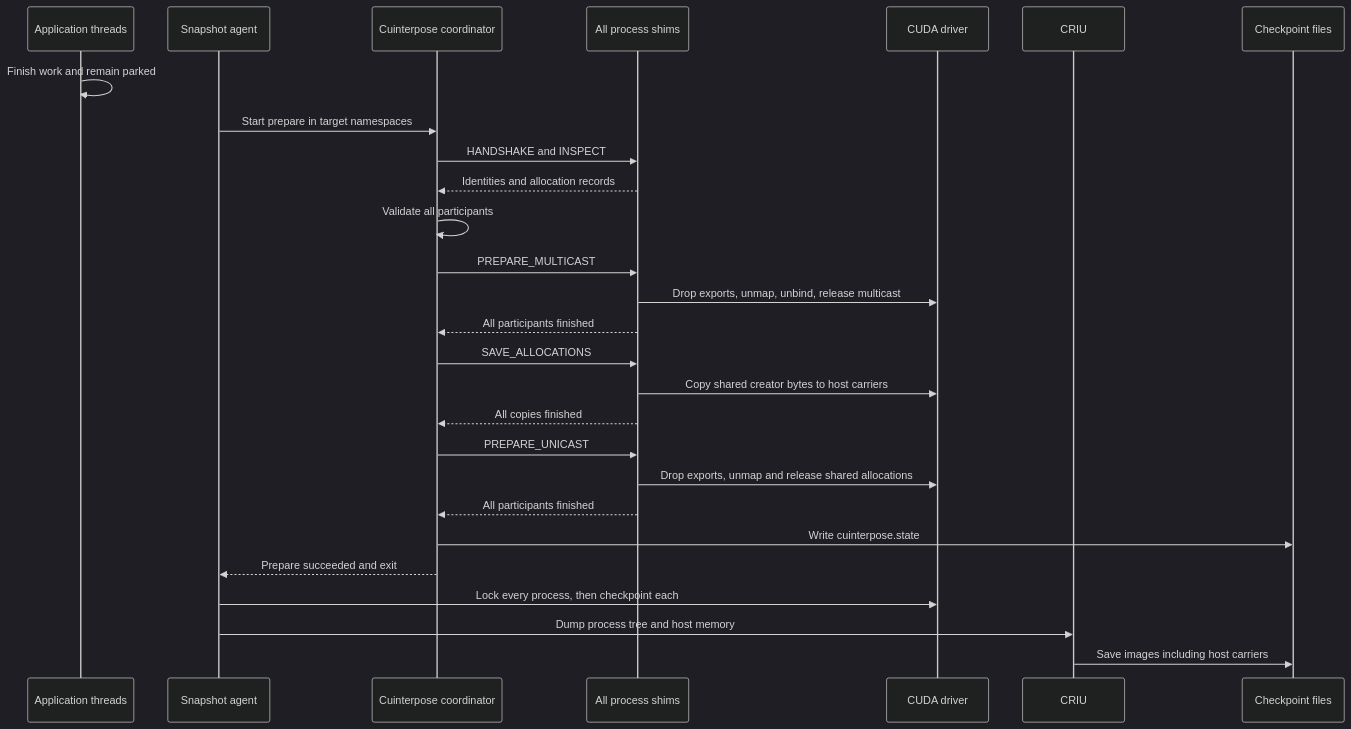
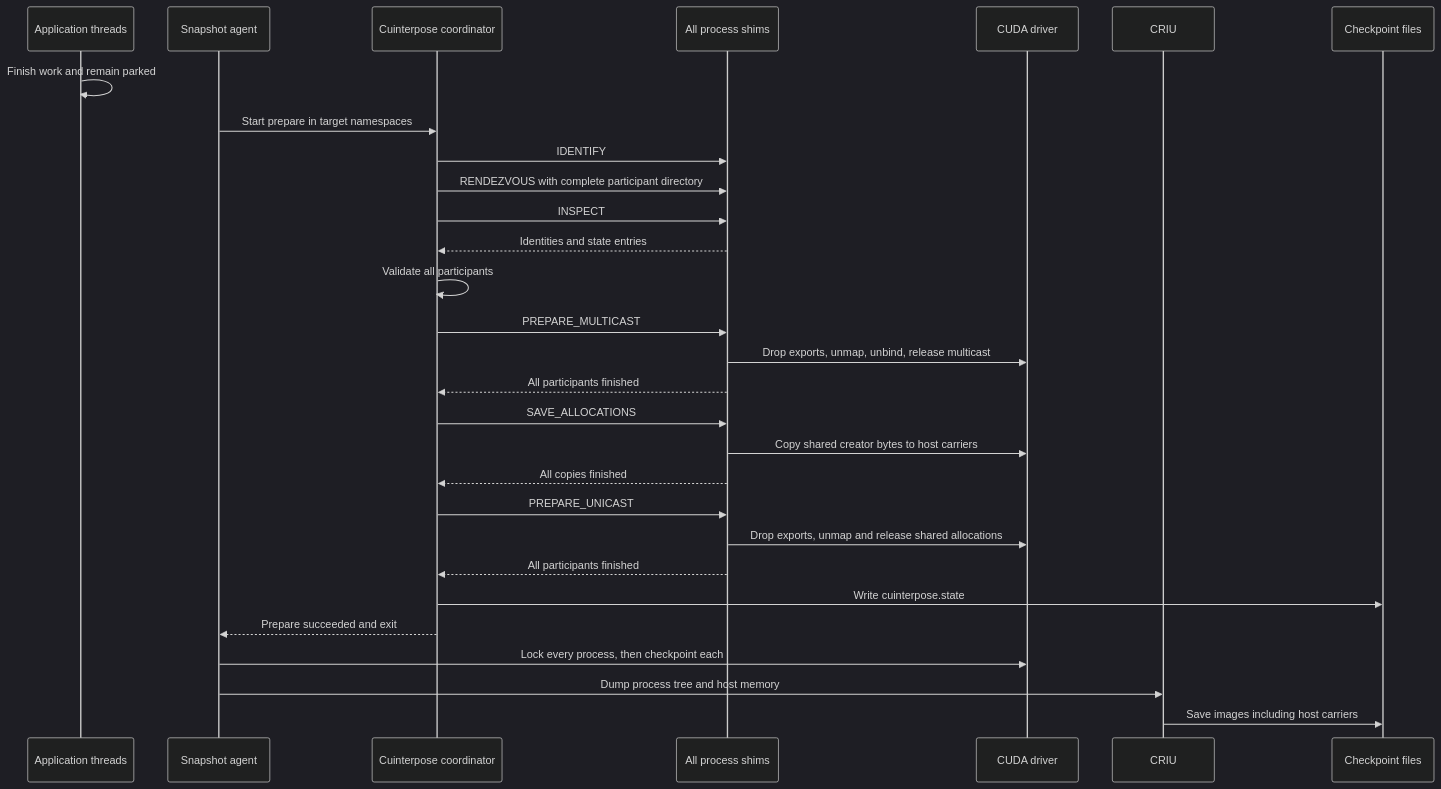
Before and after one commit to ai-dynamo/snapshot: the fourth of 5 diagrams in docs/development/cuinterpose.md, drawn with Mermaid (dark theme). The commit also changed other lines of this file and 1 other file, not shown here.

Commit message:
docs(cuinterpose): describe peer routing and allocation references

````diff
--- a/docs/development/cuinterpose.md
+++ b/docs/development/cuinterpose.md
@@ -314,29 +332,31 @@
 ```mermaid
 sequenceDiagram
     participant App as Application threads
     participant Agent as Snapshot agent
     participant Coord as Cuinterpose coordinator
     participant Shims as All process shims
     participant CUDA as CUDA driver
     participant CRIU as CRIU
     participant Files as Checkpoint files
     App->>App: Finish work and remain parked
     Agent->>Coord: Start prepare in target namespaces
-    Coord->>Shims: HANDSHAKE and INSPECT
-    Shims-->>Coord: Identities and allocation records
+    Coord->>Shims: IDENTIFY
+    Coord->>Shims: RENDEZVOUS with complete participant directory
+    Coord->>Shims: INSPECT
+    Shims-->>Coord: Identities and state entries
     Coord->>Coord: Validate all participants
     Coord->>Shims: PREPARE_MULTICAST
     Shims->>CUDA: Drop exports, unmap, unbind, release multicast
     Shims-->>Coord: All participants finished
     Coord->>Shims: SAVE_ALLOCATIONS
     Shims->>CUDA: Copy shared creator bytes to host carriers
     Shims-->>Coord: All copies finished
     Coord->>Shims: PREPARE_UNICAST
     Shims->>CUDA: Drop exports, unmap and release shared allocations
     Shims-->>Coord: All participants finished
     Coord->>Files: Write cuinterpose.state
     Coord-->>Agent: Prepare succeeded and exit
     Agent->>CUDA: Lock every process, then checkpoint each
     Agent->>CRIU: Dump process tree and host memory
     CRIU->>Files: Save images including host carriers
 ```
````
